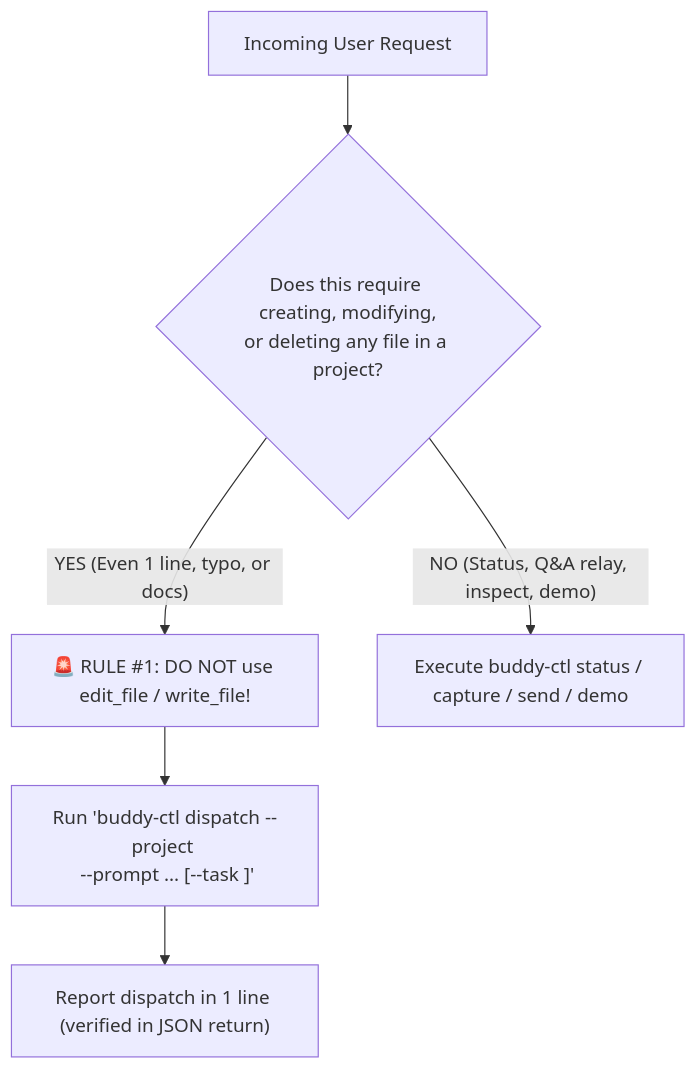
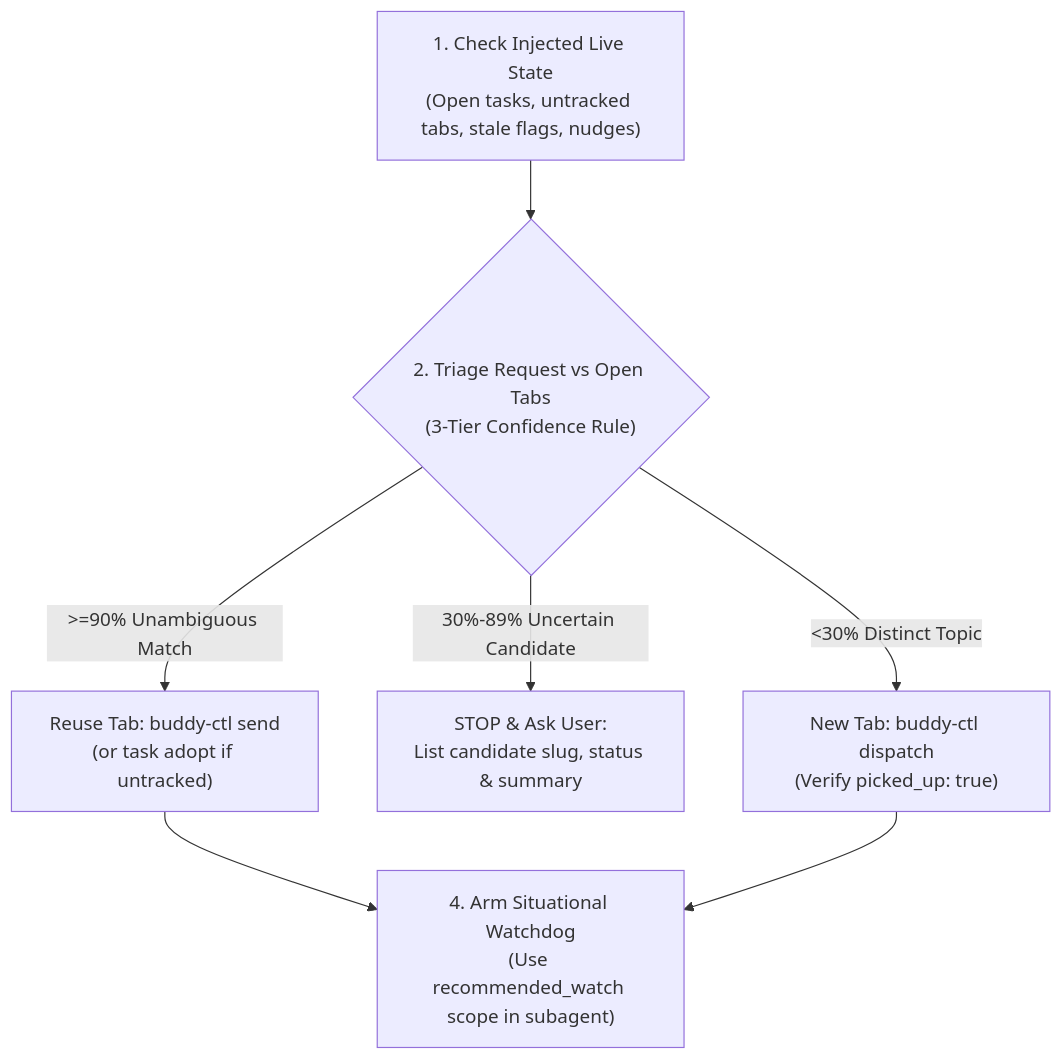
Before and after one commit to tortoise10h/buddy: the diagram in templates/orchestrator-AGENTS.md, drawn with Mermaid. The commit also changed other lines of this file and 2 other files, not shown here.

First line of the commit message:
docs(skill): rewrite buddy skill and orchestrator harness

````diff
--- a/templates/orchestrator-AGENTS.md
+++ b/templates/orchestrator-AGENTS.md
@@ -47,8 +53,9 @@
 ```mermaid
 flowchart TD
-    Req["Incoming User Request"] --> Check{"Does this require creating, modifying,<br/>or deleting any file in a project?"}
-    Check -- "YES (Even 1 line, typo, or docs)" --> Rule1["🚨 RULE #1: DO NOT use edit_file / write_file!"]
-    Rule1 --> FastDispatch["Run 'buddy-ctl dispatch --project <p> --prompt ... [--task <t>]'"]
-    FastDispatch --> Notify["Report dispatch in 1 line (verified in JSON return)"]
-    Check -- "NO (Status, Q&A relay, inspect, demo)" --> Orchestrate["Execute buddy-ctl status / capture / send / demo"]
+    S1["1. Check Injected Live State<br/>(Open tasks, untracked tabs, stale flags, nudges)"] --> S2{"2. Triage Request vs Open Tabs<br/>(3-Tier Confidence Rule)"}
+    S2 -- ">=90% Unambiguous Match" --> Reuse["Reuse Tab: buddy-ctl send<br/>(or task adopt if untracked)"]
+    S2 -- "30%-89% Uncertain Candidate" --> Ask["STOP & Ask User:<br/>List candidate slug, status & summary"]
+    S2 -- "<30% Distinct Topic" --> Disp["New Tab: buddy-ctl dispatch<br/>(Verify picked_up: true)"]
+    Reuse --> S4["4. Arm Situational Watchdog<br/>(Use recommended_watch scope in subagent)"]
+    Disp --> S4
 ```
````
